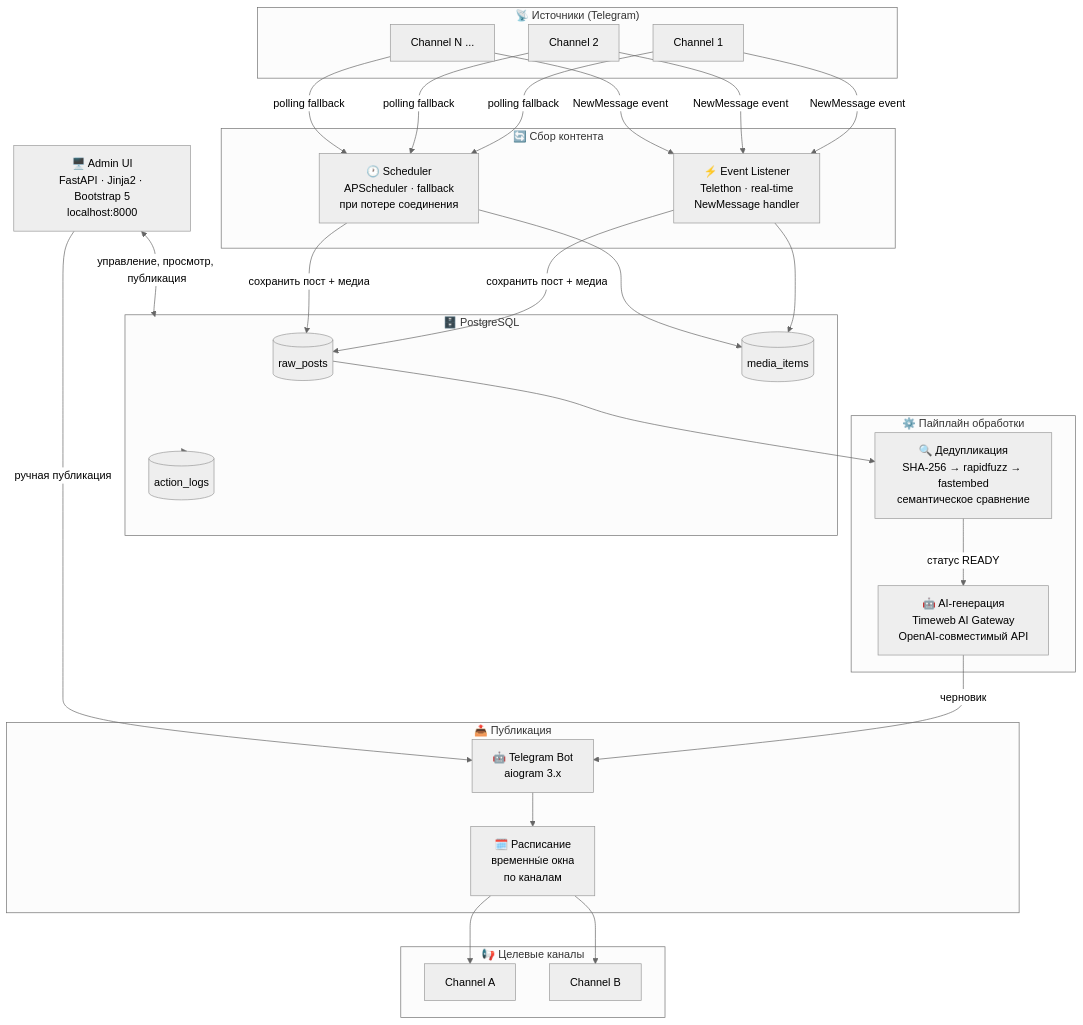
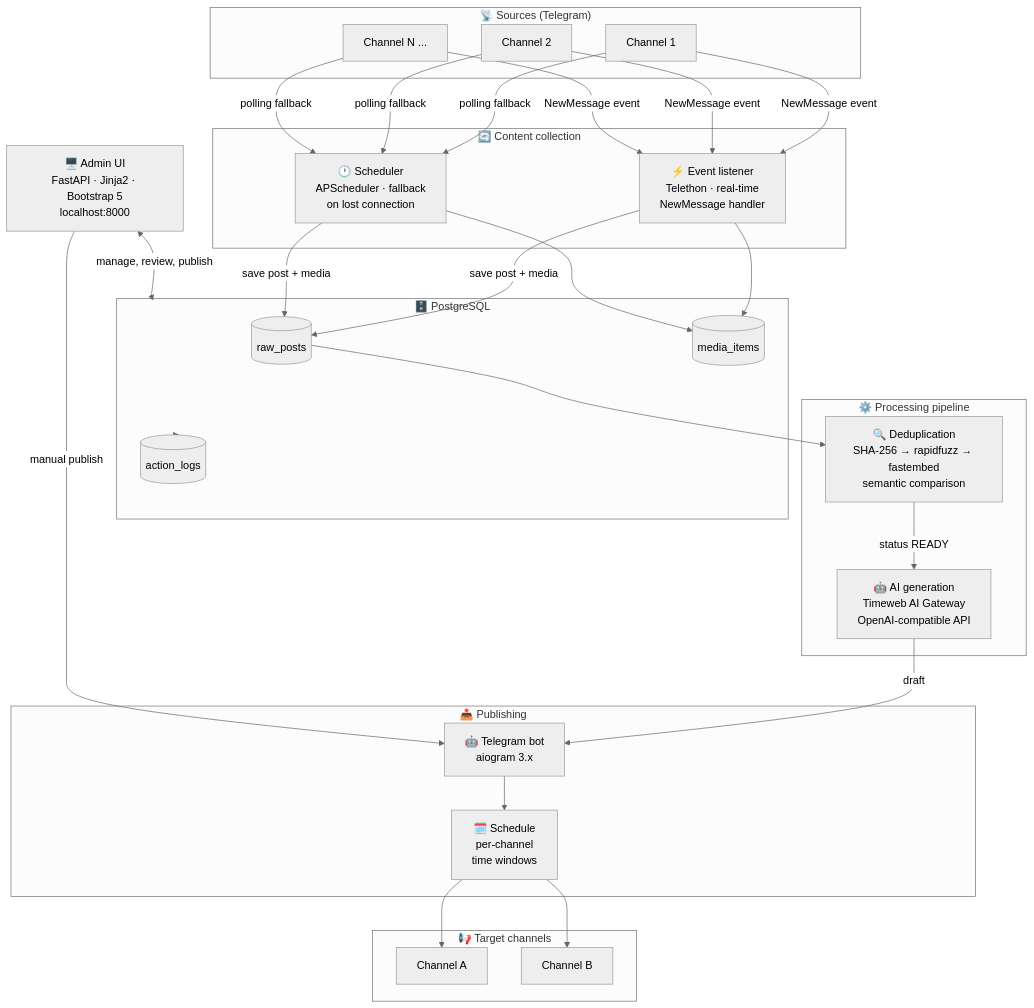
The diagram in README.md (ispy4you/auto-telegram-news), drawn with Mermaid (neutral theme) before and after one commit. The commit also changed other lines of this file and 9 other files, not shown here.

````diff
--- a/README.md
+++ b/README.md
@@ -9,52 +38,52 @@
 ```mermaid
 flowchart TD
-    subgraph SRC["📡 Источники (Telegram)"]
+    subgraph SRC["📡 Sources (Telegram)"]
         S1[Channel 1]
         S2[Channel 2]
         SN[Channel N ...]
     end
 
-    subgraph COLLECT["🔄 Сбор контента"]
-        EL["⚡ Event Listener\nTelethon · real-time\nNewMessage handler"]
-        POLL["🕐 Scheduler\nAPScheduler · fallback\nпри потере соединения"]
+    subgraph COLLECT["🔄 Content collection"]
+        EL["⚡ Event listener\nTelethon · real-time\nNewMessage handler"]
+        POLL["🕐 Scheduler\nAPScheduler · fallback\non lost connection"]
     end
 
     subgraph DB["🗄️ PostgreSQL"]
         RAW[(raw_posts)]
         MEDIA[(media_items)]
         LOGS[(action_logs)]
     end
 
-    subgraph PIPE["⚙️ Пайплайн обработки"]
-        DEDUP["🔍 Дедупликация\nSHA-256 → rapidfuzz → fastembed\nсемантическое сравнение"]
-        AI["🤖 AI-генерация\nTimeweb AI Gateway\nOpenAI-совместимый API"]
+    subgraph PIPE["⚙️ Processing pipeline"]
+        DEDUP["🔍 Deduplication\nSHA-256 → rapidfuzz → fastembed\nsemantic comparison"]
+        AI["🤖 AI generation\nTimeweb AI Gateway\nOpenAI-compatible API"]
     end
 
-    subgraph PUB["📤 Публикация"]
-        BOT["🤖 Telegram Bot\naiogram 3.x"]
-        SCHED_PUB["🗓️ Расписание\nвременны́е окна\nпо каналам"]
+    subgraph PUB["📤 Publishing"]
+        BOT["🤖 Telegram bot\naiogram 3.x"]
+        SCHED_PUB["🗓️ Schedule\nper-channel\ntime windows"]
     end
 
-    subgraph TGT["📢 Целевые каналы"]
+    subgraph TGT["📢 Target channels"]
         T1[Channel A]
         T2[Channel B]
     end
 
     ADMIN["🖥️ Admin UI\nFastAPI · Jinja2 · Bootstrap 5\nlocalhost:8000"]
 
     S1 & S2 & SN -->|"NewMessage event"| EL
     S1 & S2 & SN -->|"polling fallback"| POLL
-    EL -->|"сохранить пост + медиа"| RAW
-    POLL -->|"сохранить пост + медиа"| RAW
+    EL -->|"save post + media"| RAW
+    POLL -->|"save post + media"| RAW
     EL & POLL --> MEDIA
 
     RAW --> DEDUP
-    DEDUP -->|"статус READY"| AI
-    AI -->|"черновик"| BOT
+    DEDUP -->|"status READY"| AI
+    AI -->|"draft"| BOT
     BOT --> SCHED_PUB
     SCHED_PUB --> T1 & T2
 
-    ADMIN <-->|"управление, просмотр, публикация"| DB
-    ADMIN -->|"ручная публикация"| BOT
+    ADMIN <-->|"manage, review, publish"| DB
+    ADMIN -->|"manual publish"| BOT
     DB --> LOGS
 ```
````
